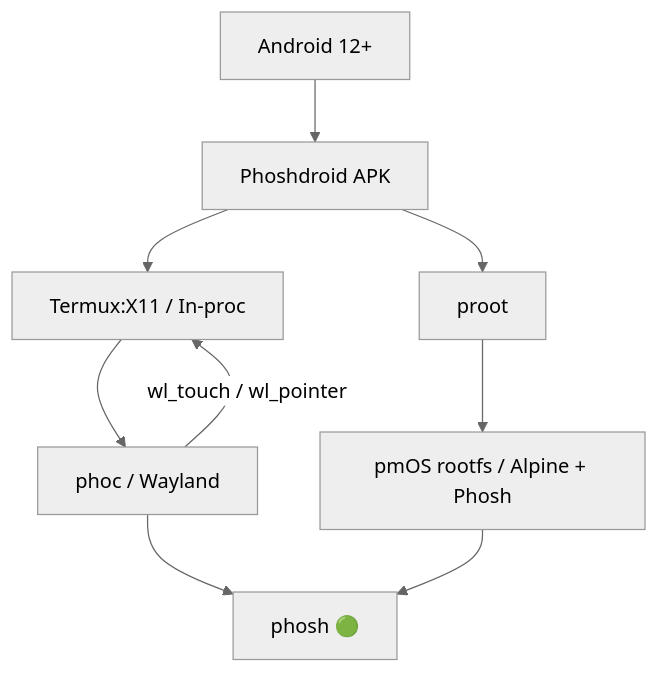
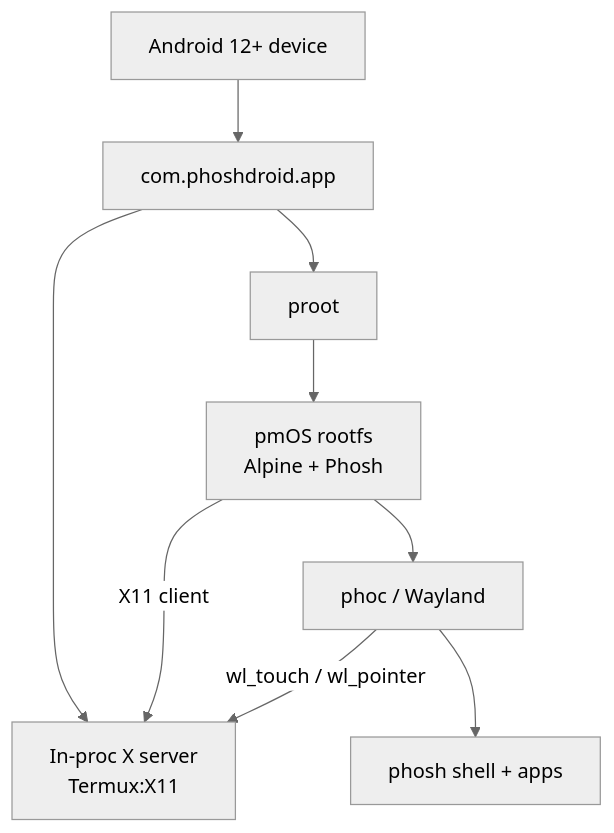
The diagram in README.md (zweck/Phoshdroid), drawn with Mermaid (neutral theme) before and after one commit. The commit also changed other lines of this file, not shown here.

````diff
--- a/README.md
+++ b/README.md
@@ -33,11 +35,11 @@
 ```mermaid
 graph TD
-    A[Android 12+] --> B[Phoshdroid APK]
-    B --> C[proot]
-    C --> D[pmOS rootfs / Alpine + Phosh]
-    B --> E[Termux:X11 / In-proc]
+    A[Android 12+ device] --> B[com.phoshdroid.app]
+    B --> C[In-proc X server<br/>Termux:X11]
+    B --> D[proot]
+    D --> E[pmOS rootfs<br/>Alpine + Phosh]
+    E -- X11 client --> C
     E --> F[phoc / Wayland]
-    F --> G[phosh 🟢]
-    D --> G
-    F -- wl_touch / wl_pointer --> E
+    F --> G[phosh shell + apps]
+    F -- wl_touch / wl_pointer --> C
 ```
````
